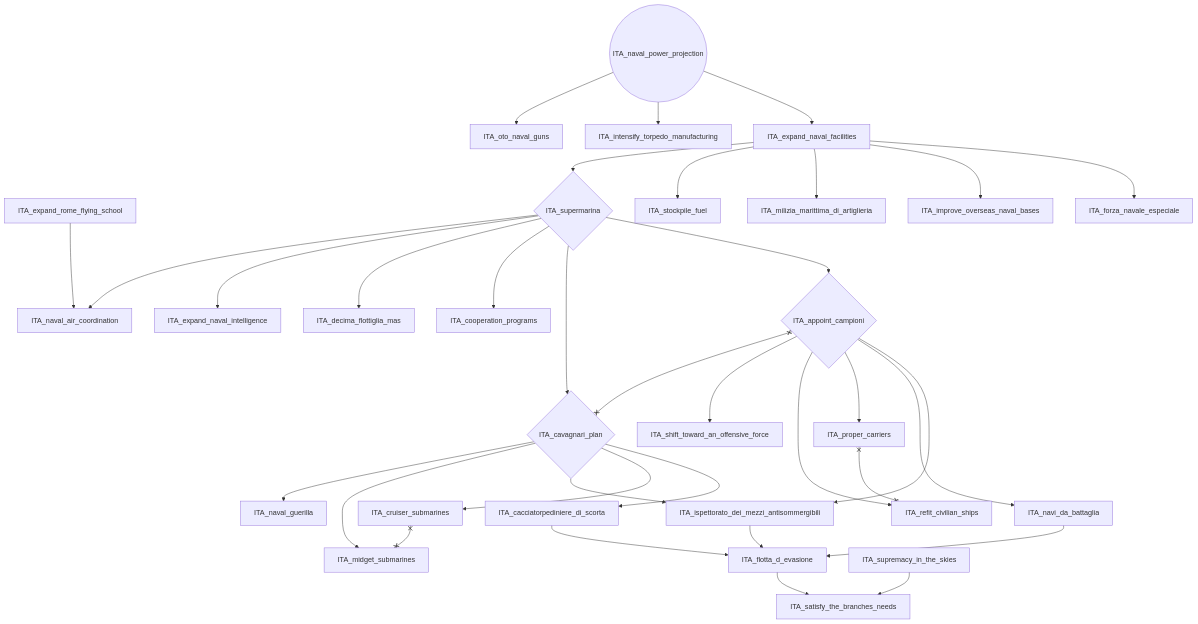
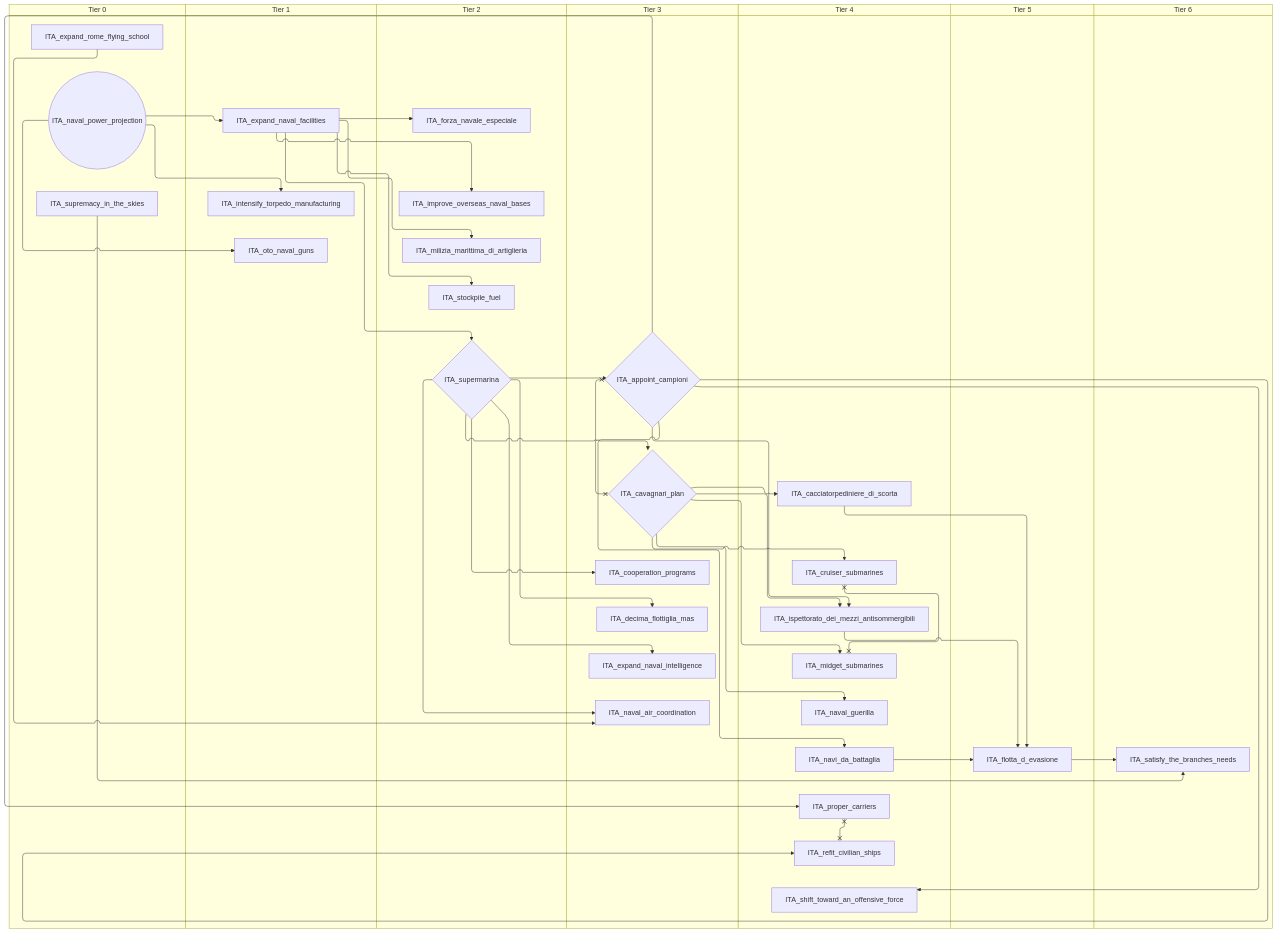
Before and after one commit to evgeny-sobol/hoi4-sandbox-mode-r56: the fourth of 10 diagrams in docs/gdd/National Focuses/italy.md, drawn with Mermaid. The commit also changed other lines of this file and 423 other files, not shown here.

First line of the commit message:
Re-export Rt56 focus trees as swimlane diagrams

````diff
--- a/docs/gdd/National Focuses/italy.md
+++ b/docs/gdd/National Focuses/italy.md
@@ -262,64 +298,78 @@
 ```mermaid
-flowchart TD
-    n68{"ITA_appoint_campioni"}
-    n69["ITA_cacciatorpediniere_di_scorta"]
-    n70{"ITA_cavagnari_plan"}
-    n71["ITA_cooperation_programs"]
-    n72["ITA_cruiser_submarines"]
-    n73["ITA_decima_flottiglia_mas"]
-    n74["ITA_expand_naval_facilities"]
-    n75["ITA_expand_naval_intelligence"]
-    n76["ITA_expand_rome_flying_school"]
-    n77["ITA_flotta_d_evasione"]
-    n78["ITA_forza_navale_especiale"]
-    n79["ITA_improve_overseas_naval_bases"]
-    n80["ITA_intensify_torpedo_manufacturing"]
-    n81["ITA_ispettorato_dei_mezzi_antisommergibili"]
-    n82["ITA_midget_submarines"]
-    n83["ITA_milizia_marittima_di_artiglieria"]
-    n84["ITA_naval_air_coordination"]
-    n85["ITA_naval_guerilla"]
-    n86(("ITA_naval_power_projection"))
-    n87["ITA_navi_da_battaglia"]
-    n88["ITA_oto_naval_guns"]
-    n89["ITA_proper_carriers"]
-    n90["ITA_refit_civilian_ships"]
-    n91["ITA_satisfy_the_branches_needs"]
-    n92["ITA_shift_toward_an_offensive_force"]
-    n93["ITA_stockpile_fuel"]
-    n94{"ITA_supermarina"}
-    n95["ITA_supremacy_in_the_skies"]
-    n94 --> n68
-    n70 --> n69
-    n94 --> n70
-    n94 --> n71
-    n70 --> n72
-    n94 --> n73
-    n86 --> n74
-    n94 --> n75
-    n81 --> n77
-    n69 --> n77
-    n87 --> n77
-    n74 --> n78
-    n74 --> n79
-    n86 --> n80
-    n70 --> n81
-    n68 --> n81
-    n70 --> n82
-    n74 --> n83
-    n94 --> n84
-    n76 --> n84
-    n70 --> n85
-    n68 --> n87
-    n86 --> n88
-    n68 --> n89
-    n68 --> n90
-    n77 --> n91
-    n95 --> n91
-    n68 --> n92
-    n74 --> n93
-    n74 --> n94
-    n68 x--x n70
-    n72 x--x n82
-    n89 x--x n90
+swimlane-beta TD
+    subgraph tier_0["Tier 0"]
+        n68["ITA_expand_rome_flying_school"]
+        n69(("ITA_naval_power_projection"))
+        n70["ITA_supremacy_in_the_skies"]
+    end
+    subgraph tier_1["Tier 1"]
+        n71["ITA_expand_naval_facilities"]
+        n72["ITA_intensify_torpedo_manufacturing"]
+        n73["ITA_oto_naval_guns"]
+    end
+    subgraph tier_2["Tier 2"]
+        n74["ITA_forza_navale_especiale"]
+        n75["ITA_improve_overseas_naval_bases"]
+        n76["ITA_milizia_marittima_di_artiglieria"]
+        n77["ITA_stockpile_fuel"]
+        n78{"ITA_supermarina"}
+    end
+    subgraph tier_3["Tier 3"]
+        n79{"ITA_appoint_campioni"}
+        n80{"ITA_cavagnari_plan"}
+        n81["ITA_cooperation_programs"]
+        n82["ITA_decima_flottiglia_mas"]
+        n83["ITA_expand_naval_intelligence"]
+        n84["ITA_naval_air_coordination"]
+    end
+    subgraph tier_4["Tier 4"]
+        n85["ITA_cacciatorpediniere_di_scorta"]
+        n86["ITA_cruiser_submarines"]
+        n87["ITA_ispettorato_dei_mezzi_antisommergibili"]
+        n88["ITA_midget_submarines"]
+        n89["ITA_naval_guerilla"]
+        n90["ITA_navi_da_battaglia"]
+        n91["ITA_proper_carriers"]
+        n92["ITA_refit_civilian_ships"]
+        n93["ITA_shift_toward_an_offensive_force"]
+    end
+    subgraph tier_5["Tier 5"]
+        n94["ITA_flotta_d_evasione"]
+    end
+    subgraph tier_6["Tier 6"]
+        n95["ITA_satisfy_the_branches_needs"]
+    end
+    n78 --> n79
+    n80 --> n85
+    n78 --> n80
+    n78 --> n81
+    n80 --> n86
+    n78 --> n82
+    n69 --> n71
+    n78 --> n83
+    n87 --> n94
+    n85 --> n94
+    n90 --> n94
+    n71 --> n74
+    n71 --> n75
+    n69 --> n72
+    n80 --> n87
+    n79 --> n87
+    n80 --> n88
+    n71 --> n76
+    n78 --> n84
+    n68 --> n84
+    n80 --> n89
+    n79 --> n90
+    n69 --> n73
+    n79 --> n91
+    n79 --> n92
+    n94 --> n95
+    n70 --> n95
+    n79 --> n93
+    n71 --> n77
+    n71 --> n78
+    n79 x--x n80
+    n86 x--x n88
+    n91 x--x n92
 ```
````
